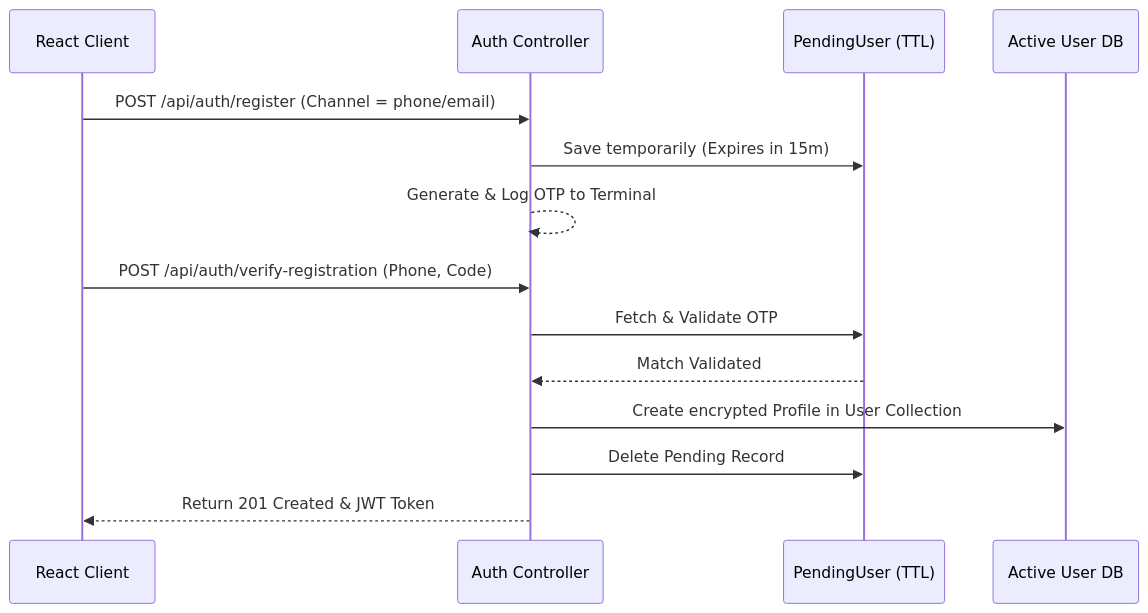
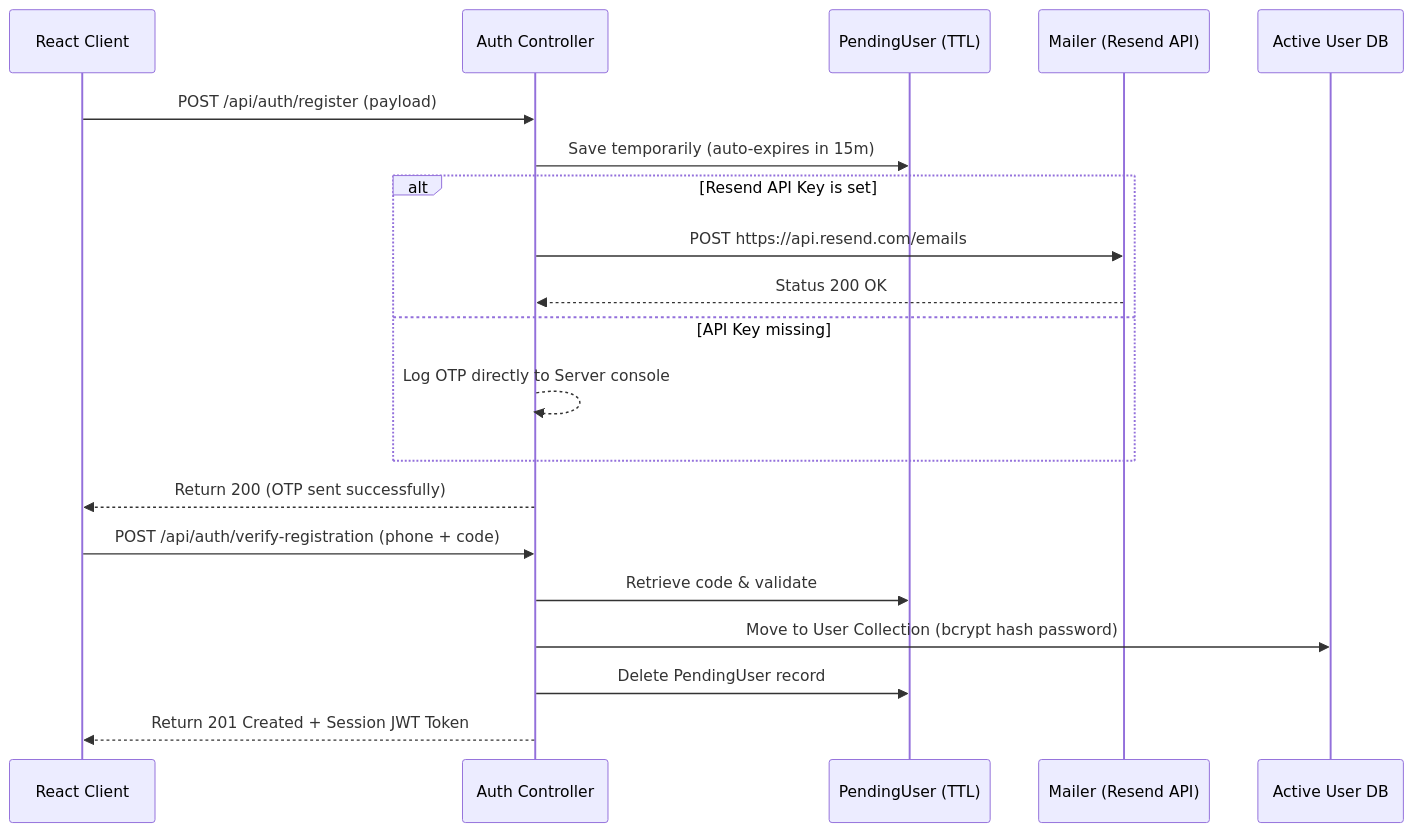
The second of 2 diagrams in system_documentation.md (AhsanFayyaz13/MedEasy), drawn with Mermaid before and after one commit. The commit also changed other lines of this file and 1 other file, not shown here.

````diff
--- a/system_documentation.md
+++ b/system_documentation.md
@@ -35,17 +142,23 @@
 ```mermaid
 sequenceDiagram
     participant C as React Client
     participant A as Auth Controller
     participant P as PendingUser (TTL)
+    participant M as Mailer (Resend API)
     participant U as Active User DB
 
-    C->>A: POST /api/auth/register (Channel = phone/email)
-    A->>P: Save temporarily (Expires in 15m)
-    A-->>A: Generate & Log OTP to Terminal
-    C->>A: POST /api/auth/verify-registration (Phone, Code)
-    A->>P: Fetch & Validate OTP
-    P-->>A: Match Validated
-    A->>U: Create encrypted Profile in User Collection
-    A->>P: Delete Pending Record
-    A-->>C: Return 201 Created & JWT Token
+    C->>A: POST /api/auth/register (payload)
+    A->>P: Save temporarily (auto-expires in 15m)
+    alt Resend API Key is set
+        A->>M: POST https://api.resend.com/emails
+        M-->>A: Status 200 OK
+    else API Key missing
+        A-->>A: Log OTP directly to Server console
+    end
+    A-->>C: Return 200 (OTP sent successfully)
+    C->>A: POST /api/auth/verify-registration (phone + code)
+    A->>P: Retrieve code & validate
+    A->>U: Move to User Collection (bcrypt hash password)
+    A->>P: Delete PendingUser record
+    A-->>C: Return 201 Created + Session JWT Token
 ```
````
